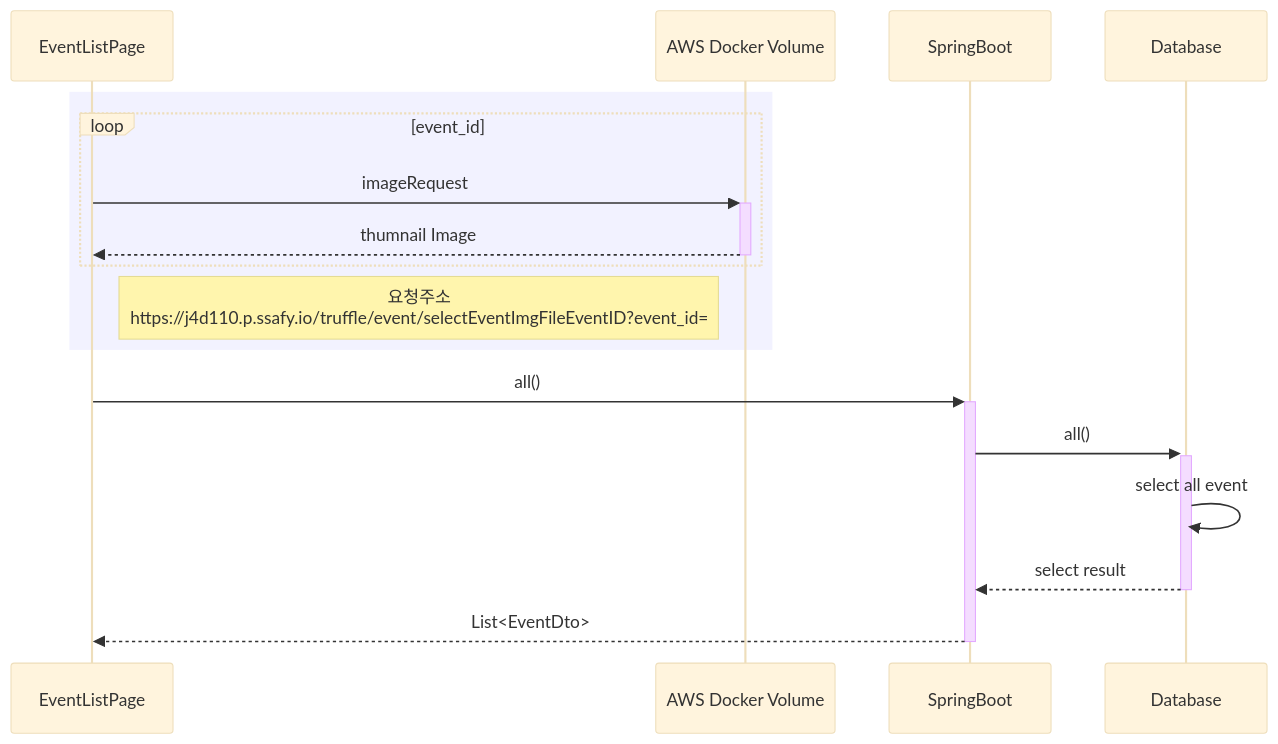
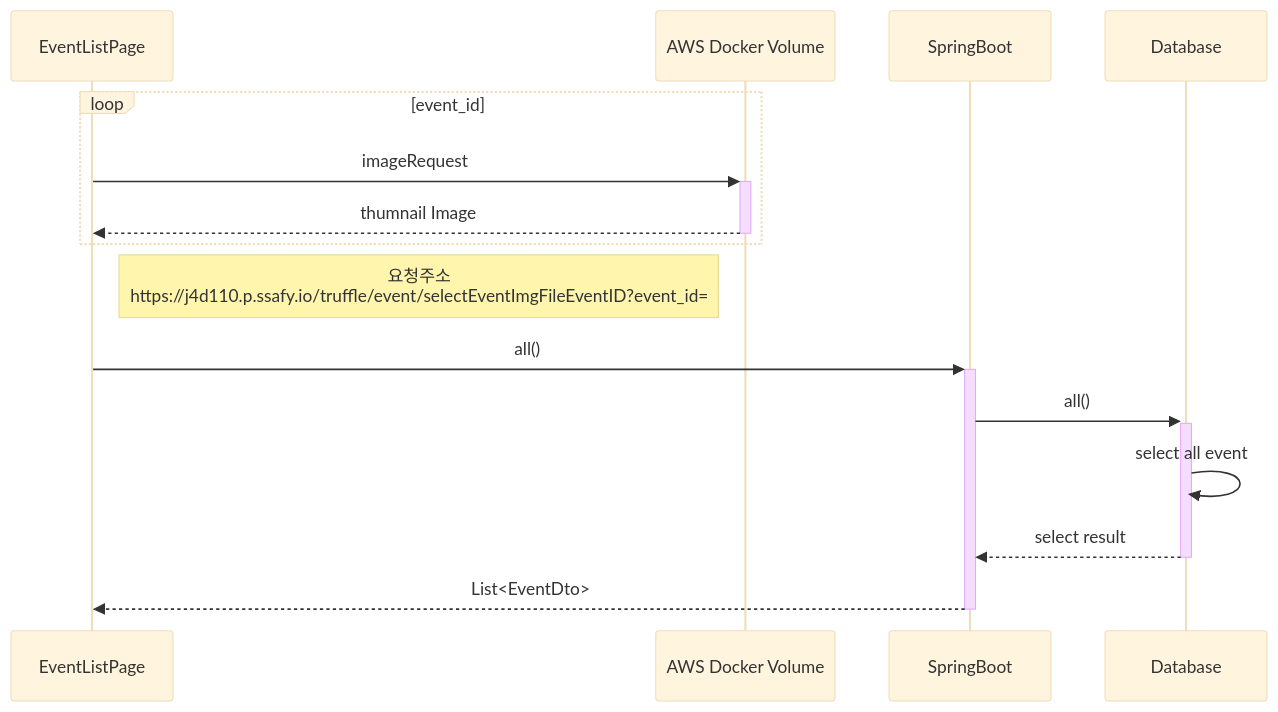
Before and after one commit to reverse-wisdom/Truffle: the second of 4 diagrams in README.md, drawn with Mermaid (base theme).

````diff
--- a/README.md
+++ b/README.md
@@ -146,15 +146,15 @@
 ```mermaid
 sequenceDiagram
-rect rgba(0, 0, 255, .05)
+
 loop event_id
 	EventListPage->>+AWS Docker Volume:imageRequest
 	AWS Docker Volume-->>-EventListPage:thumnail Image
 end
  Note left of AWS Docker Volume:요청주소<br/>https://j4d110.p.ssafy.io/truffle/event/selectEventImgFileEventID?event_id=
-end
+
 EventListPage->>+SpringBoot:all()
 SpringBoot->>+Database:all()
 Database->>Database:select all event
 Database-->>-SpringBoot:select result
 SpringBoot-->>-EventListPage:List<EventDto>
 ```
````
